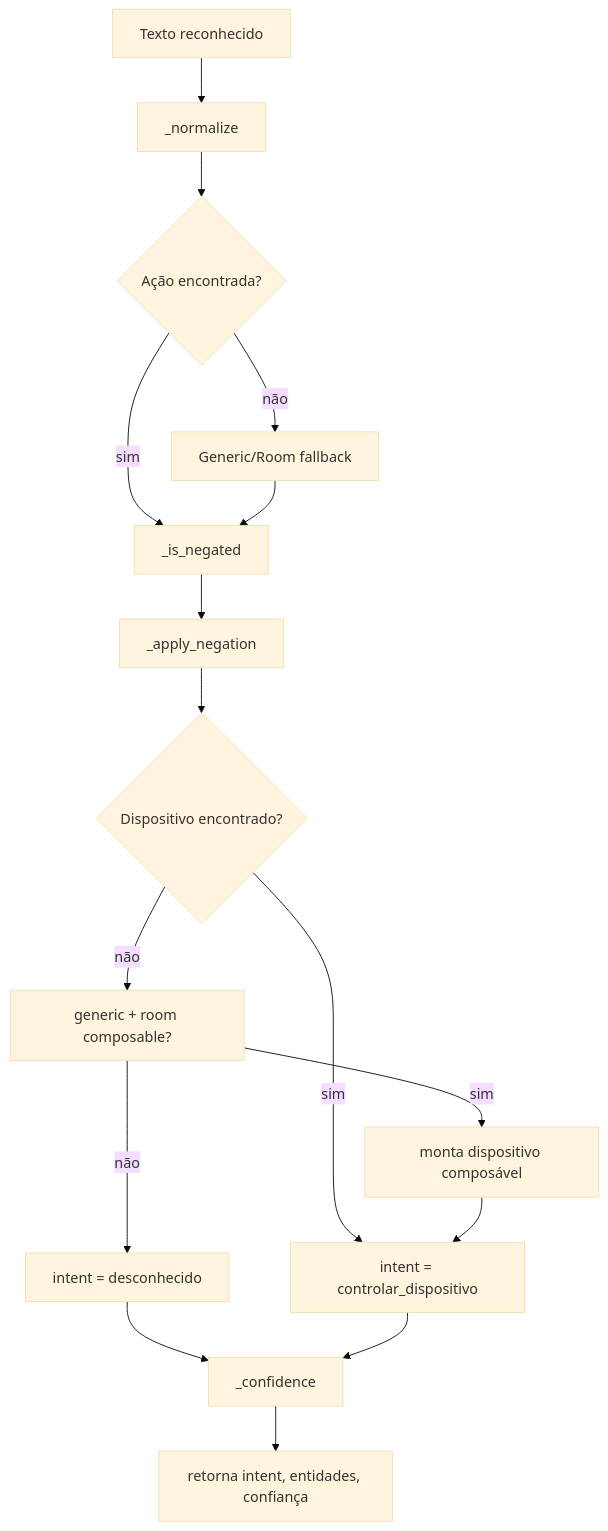
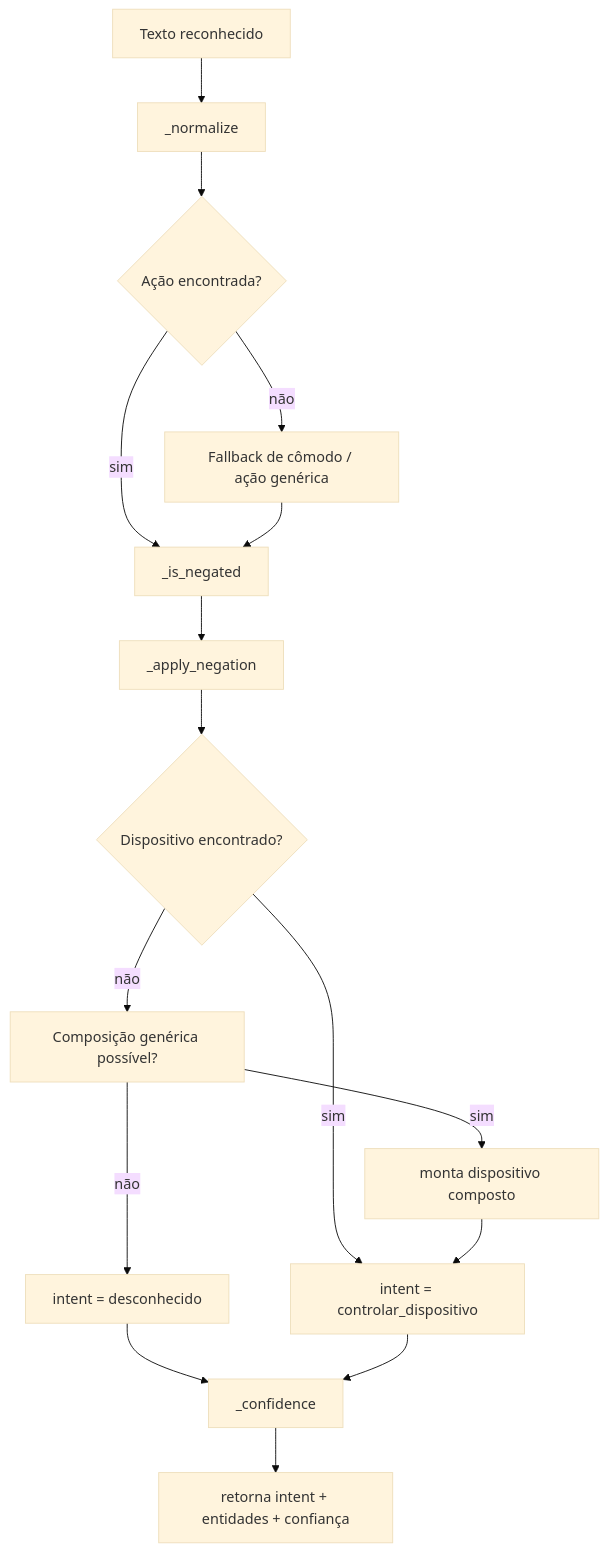
Before and after one commit to Vitormateusromancini/Projeto-Integrador---SISTEMA-EMBARCADO-DE-RECONHECIMENTO-DE-VOZ-OFFLINE: the fourth of 5 diagrams in README.md, drawn with Mermaid (base theme). The commit also changed other lines of this file, not shown here.

````diff
--- a/README.md
+++ b/README.md
@@ -167,18 +166,18 @@
 ```mermaid
 flowchart TD
     A[Texto reconhecido] --> B[_normalize]
     B --> C{Ação encontrada?}
-    C -->|não| D[Generic/Room fallback]
+    C -->|não| D[Fallback de cômodo / ação genérica]
     C -->|sim| E[_is_negated]
     D --> E
     E --> F[_apply_negation]
     F --> G{Dispositivo encontrado?}
-    G -->|não| H[generic + room composable?]
-    H -->|sim| I[monta dispositivo composável]
+    G -->|não| H[Composição genérica possível?]
+    H -->|sim| I[monta dispositivo composto]
     H -->|não| J[intent = desconhecido]
     G -->|sim| K[intent = controlar_dispositivo]
     I --> K
     J --> L[_confidence]
     K --> L[_confidence]
-    L --> M[retorna intent, entidades, confiança]
+    L --> M[retorna intent + entidades + confiança]
 ```
````
